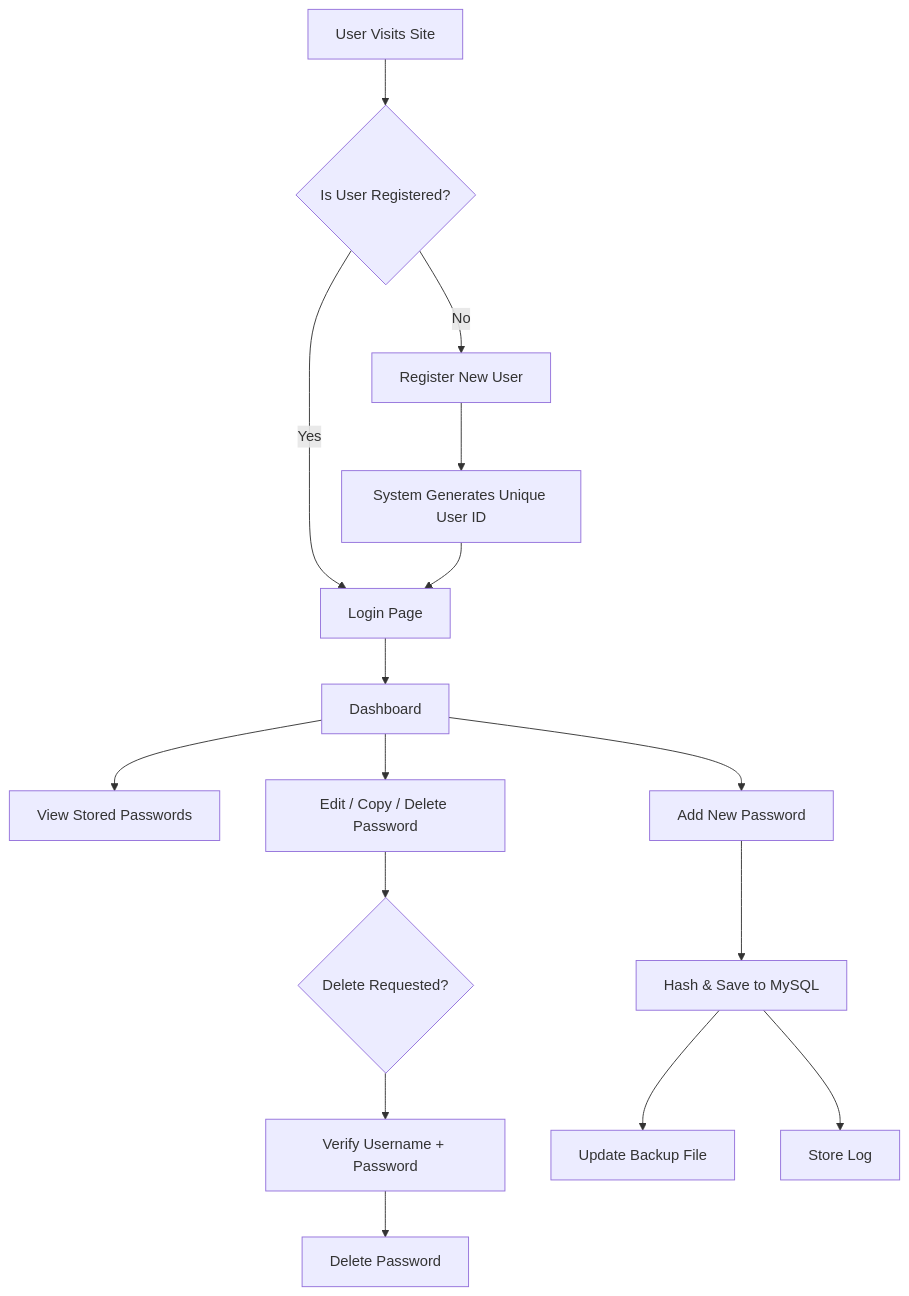
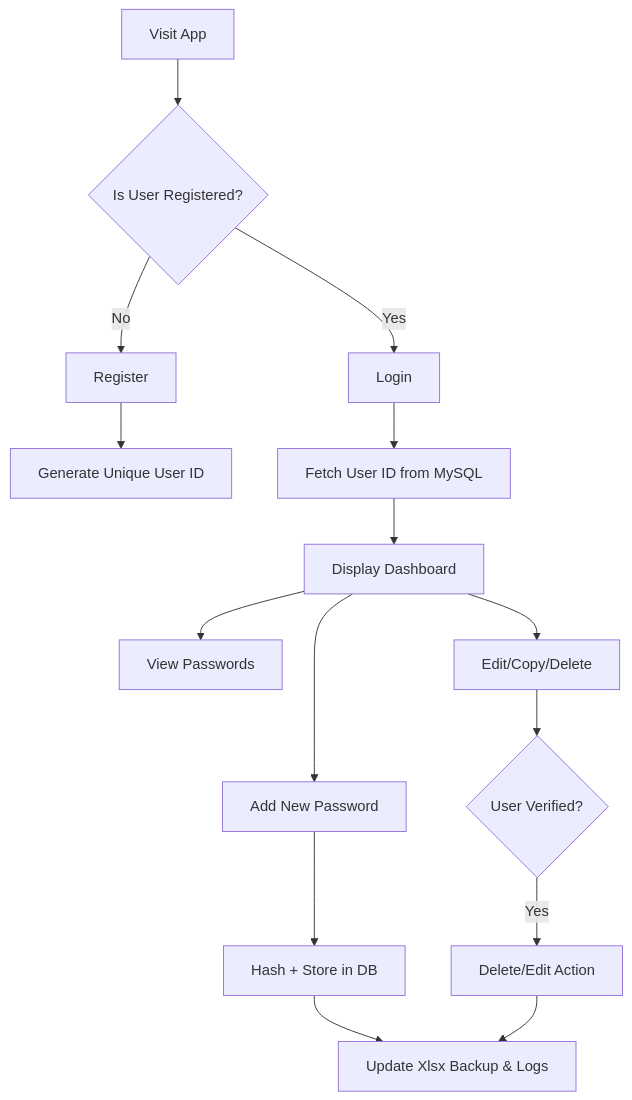
Before and after one commit to shivamprasad1001/password_manager_system: the diagram in README.md, drawn with Mermaid. The commit also changed other lines of this file, not shown here.

`````diff
--- a/README.md
+++ b/README.md
@@ -35,21 +71,20 @@
 ```mermaid
 graph TD
-    A[User Visits Site] --> B{Is User Registered?}
-    B -- Yes --> C[Login Page]
-    B -- No --> D[Register New User]
-    D --> E[System Generates Unique User ID]
-    E --> C
-    C --> F[Dashboard]
+    A[Visit App] --> B{Is User Registered?}
+    B -- Yes --> C[Login]
+    B -- No --> D[Register]
+    D --> E[Generate Unique User ID]
+    C --> F[Fetch User ID from MySQL]
+    F --> G[Display Dashboard]
 
-    F --> G[View Stored Passwords]
-    F --> H[Add New Password]
-    F --> I[Edit / Copy / Delete Password]
+    G --> H[View Passwords]
+    G --> I[Add New Password]
+    G --> J[Edit/Copy/Delete]
 
-    I --> J{Delete Requested?}
-    J --> K[Verify Username + Password]
-    K --> L[Delete Password]
+    I --> K[Hash + Store in DB]
+    K --> L[Update Xlsx Backup & Logs]
 
-    H --> M[Hash & Save to MySQL]
-    M --> N[Update Backup File]
-    M --> O[Store Log]
+    J --> M{User Verified?}
+    M -- Yes --> N[Delete/Edit Action]
+    N --> L
 ````
`````
